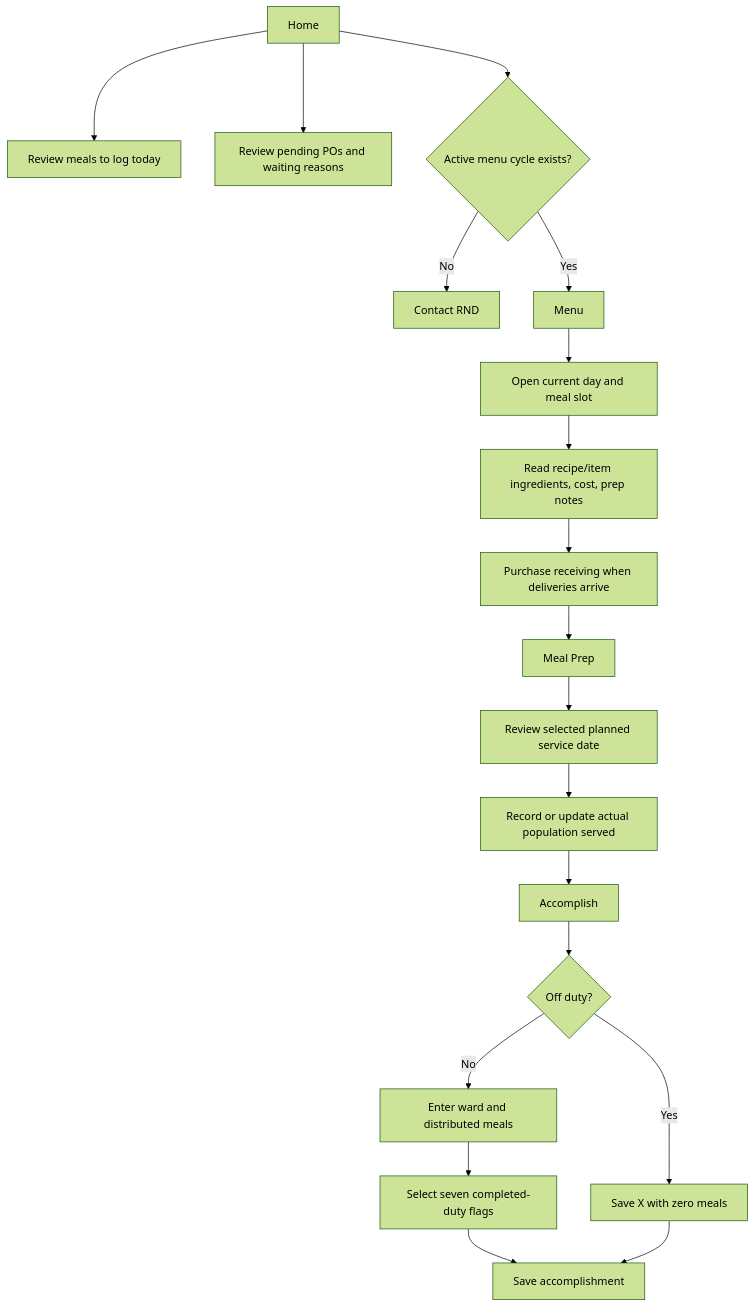
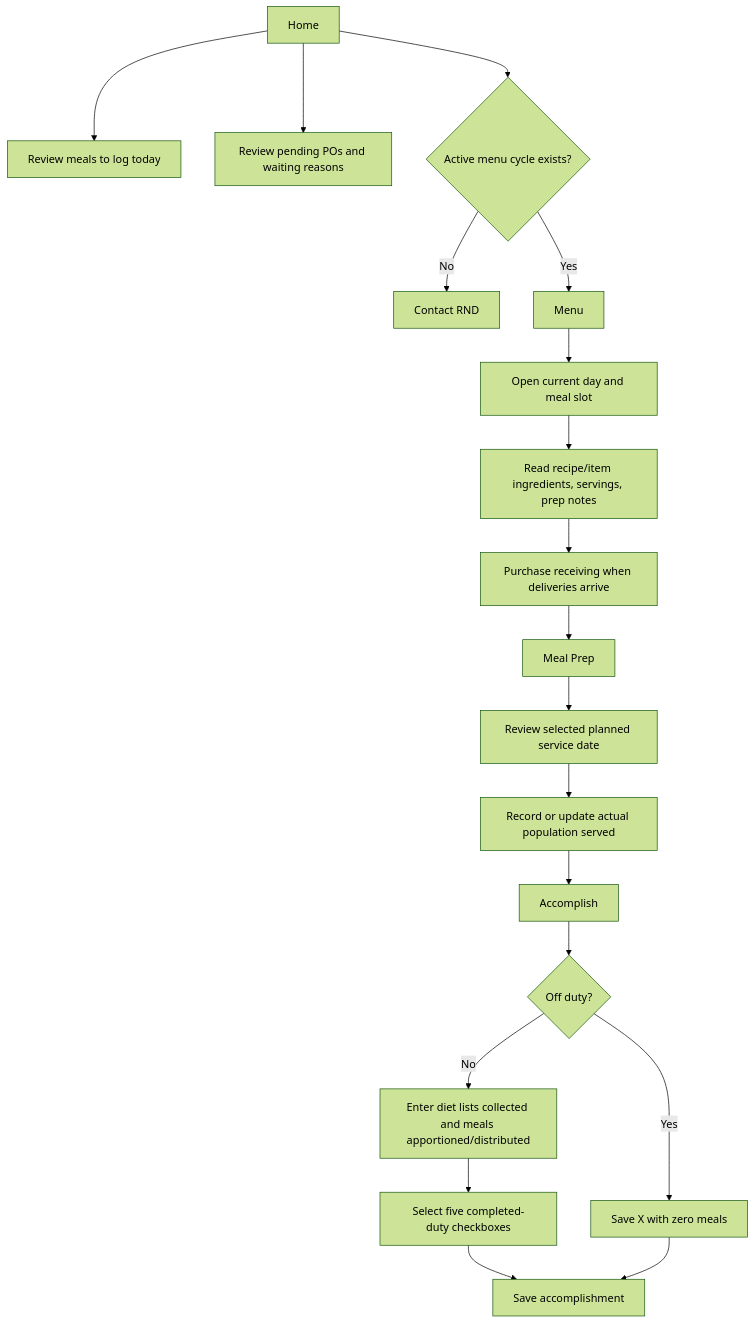
The second of 5 diagrams in docs/modules/Flowcharts/FSS Mobile Execution Flow.md (ja2gc/Nutriscope), drawn with Mermaid (forest theme) before and after one commit. The commit also changed other lines of this file and 24 other files, not shown here.

````diff
--- a/docs/modules/Flowcharts/FSS Mobile Execution Flow.md
+++ b/docs/modules/Flowcharts/FSS Mobile Execution Flow.md
@@ -32,22 +32,22 @@
 ```mermaid
 flowchart TD
     A["Home"] --> A1["Review meals to log today"]
     A --> A2["Review pending POs and waiting reasons"]
     A --> A3{"Active menu cycle exists?"}
     A3 -->|"No"| A4["Contact RND"]
     A3 -->|"Yes"| B["Menu"]
 
     B --> B1["Open current day and meal slot"]
-    B1 --> B2["Read recipe/item ingredients, cost, prep notes"]
+    B1 --> B2["Read recipe/item ingredients, servings, prep notes"]
     B2 --> C["Purchase receiving when deliveries arrive"]
     C --> D["Meal Prep"]
     D --> D1["Review selected planned service date"]
     D1 --> D2["Record or update actual population served"]
     D2 --> E["Accomplish"]
     E --> E1{"Off duty?"}
     E1 -->|"Yes"| E2["Save X with zero meals"]
-    E1 -->|"No"| E3["Enter ward and distributed meals"]
-    E3 --> E4["Select seven completed-duty flags"]
+    E1 -->|"No"| E3["Enter diet lists collected and meals apportioned/distributed"]
+    E3 --> E4["Select five completed-duty checkboxes"]
     E4 --> E5["Save accomplishment"]
     E2 --> E5
 ```
````
